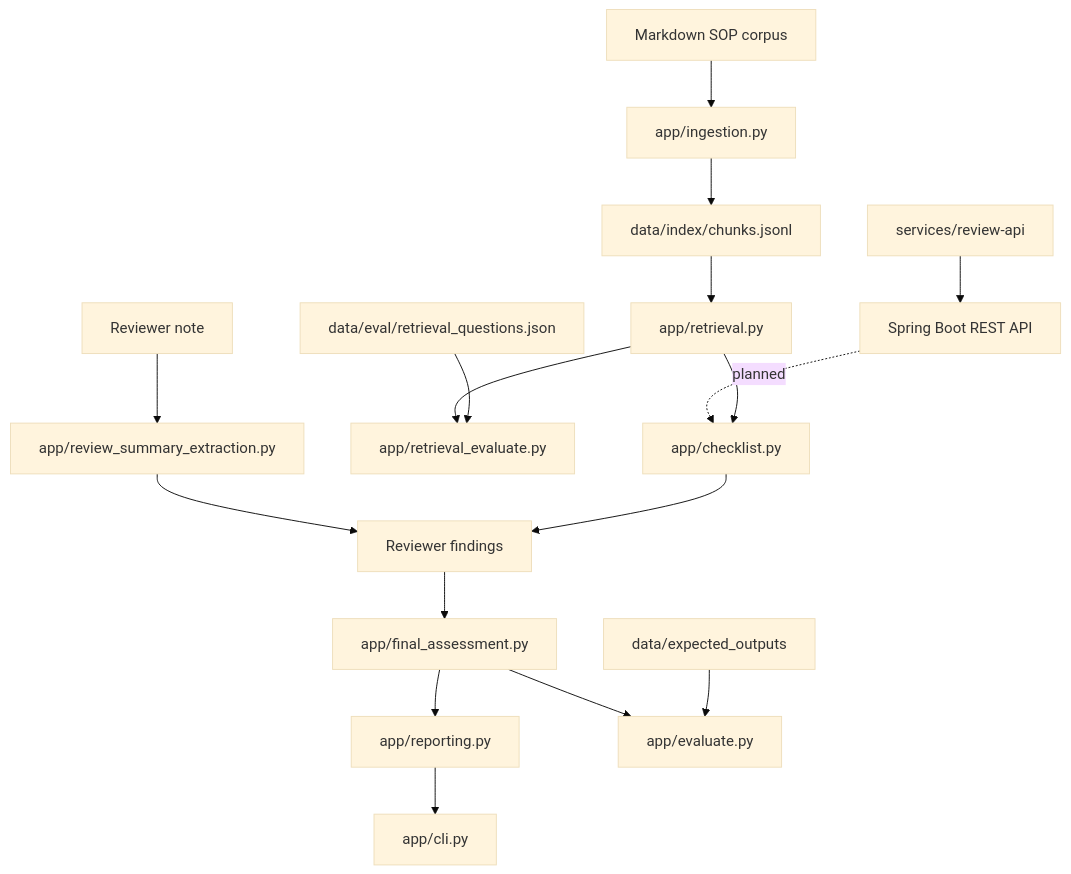
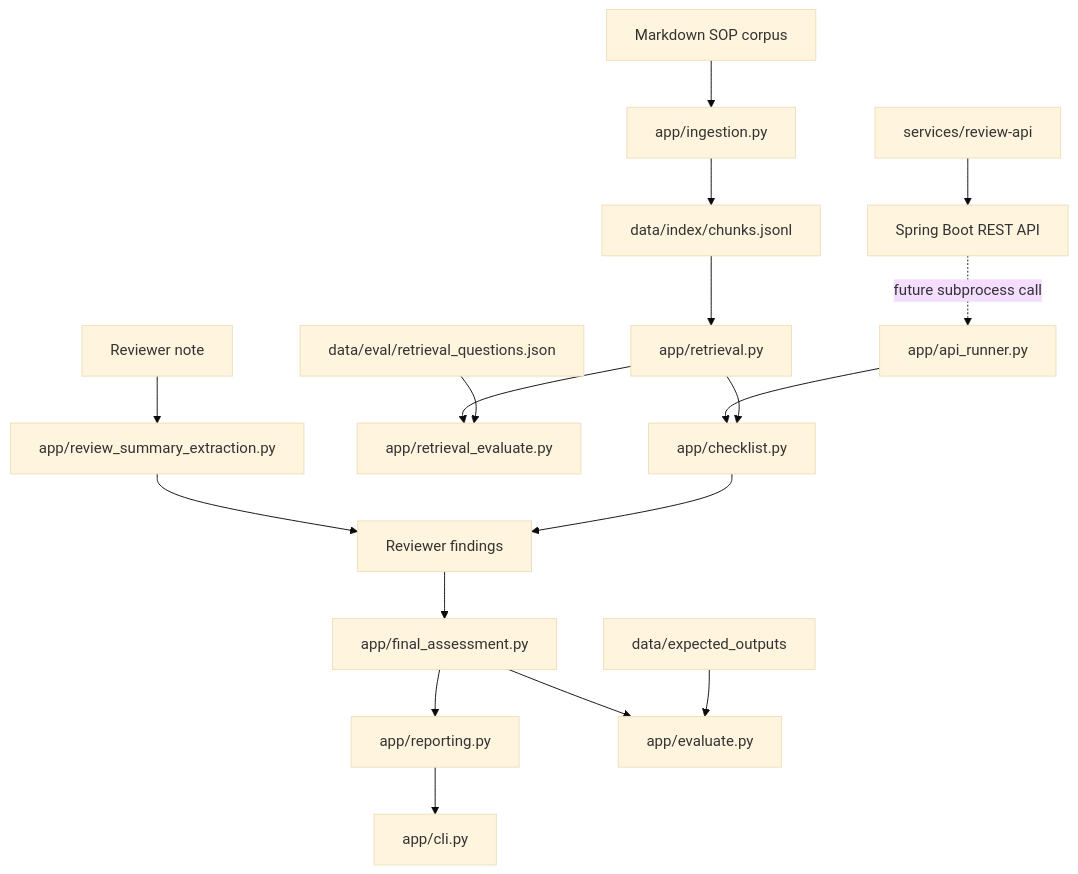
Before and after one commit to markwuenschel-dev/Compounding-Quality-RAG: the second of 2 diagrams in README.md, drawn with Mermaid (base theme). The commit also changed other lines of this file and 7 other files, not shown here.

Commit message:
docs: update project documentation after api runner bridge

````diff
--- a/README.md
+++ b/README.md
@@ -108,23 +108,24 @@
 ```mermaid
 flowchart TD
     A[Markdown SOP corpus] --> B[app/ingestion.py]
     B --> C[data/index/chunks.jsonl]
     C --> D[app/retrieval.py]
     D --> E[app/checklist.py]
     E --> F[Reviewer findings]
     F --> G[app/final_assessment.py]
     G --> H[app/reporting.py]
     H --> I[app/cli.py]
 
     J[data/eval/retrieval_questions.json] --> K[app/retrieval_evaluate.py]
     D --> K
 
     L[data/expected_outputs] --> M[app/evaluate.py]
     G --> M
 
     N[Reviewer note] --> O[app/review_summary_extraction.py]
     O --> F
 
     P[services/review-api] --> Q[Spring Boot REST API]
-    Q -. planned .-> E
+    Q -. future subprocess call .-> R[app/api_runner.py]
+    R --> E
 ```
````
